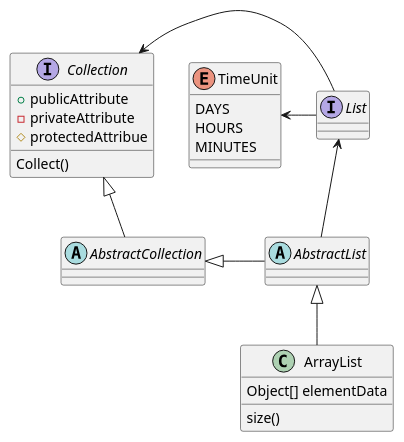
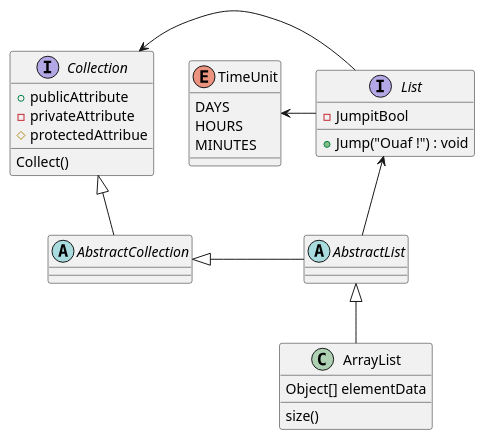
Before and after one commit to rdanf1/UML_1st_Sample_On_PhpStorm: the diagram in PlantUML Sample Class Type.puml, drawn with PlantUML.

Commit message:
Animal Things. j'Hum... LOL

```diff
--- a/PlantUML Sample Class Type.puml
+++ b/PlantUML Sample Class Type.puml
@@ -1,35 +1,39 @@
 @startuml
 'https://plantuml.com/class-diagram
 
 abstract class AbstractList
 abstract AbstractCollection
-interface List
+interface List {
+    - JumpitBool
+    + Jump("Ouaf !") : void
+    }
+
 interface Collection {
     + publicAttribute
     - privateAttribute
     # protectedAttribue
     Collect()
     }
 
 List <-- AbstractList
 Collection <|-- AbstractCollection
 
 Collection <- List
 AbstractCollection <|- AbstractList
 AbstractList <|-- ArrayList
 
 class ArrayList {
 Object[] elementData
 size()
 }
 
 enum TimeUnit {
 DAYS
 HOURS
 MINUTES
 }
 
 ' nice jump !
 TimeUnit <-right- List
 
 @enduml
```
